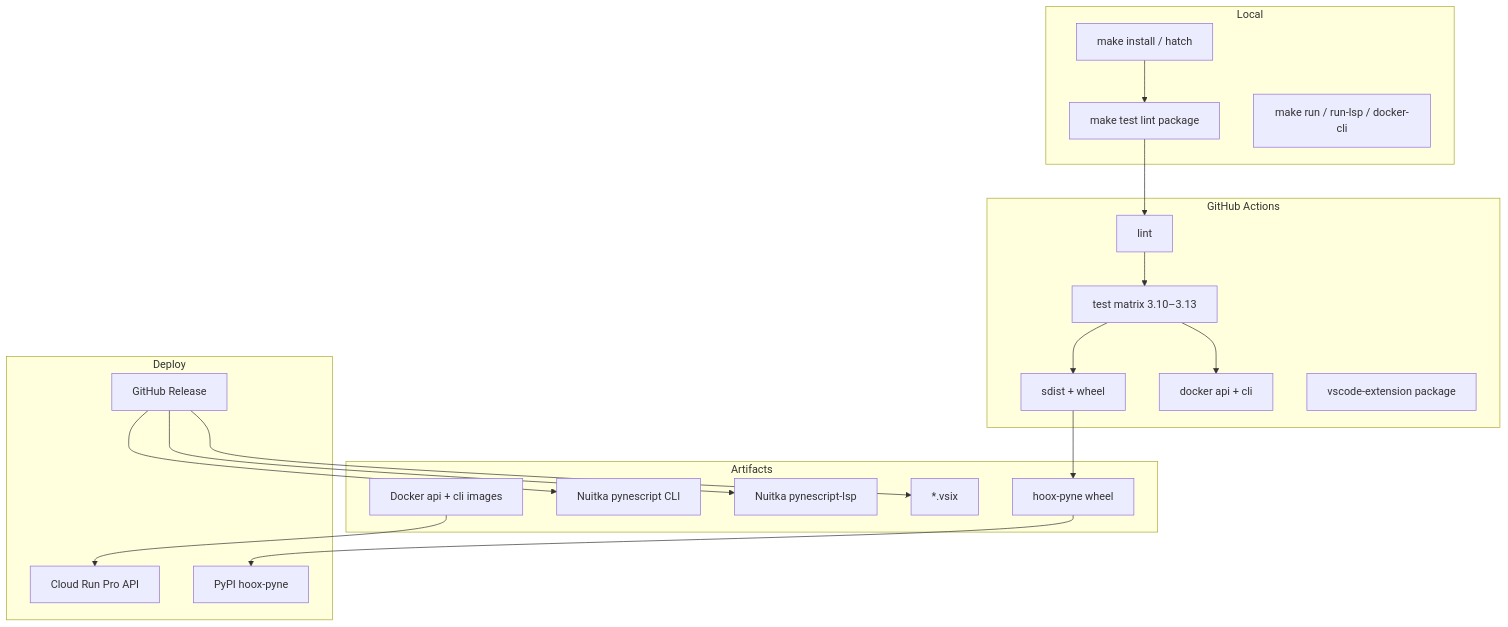
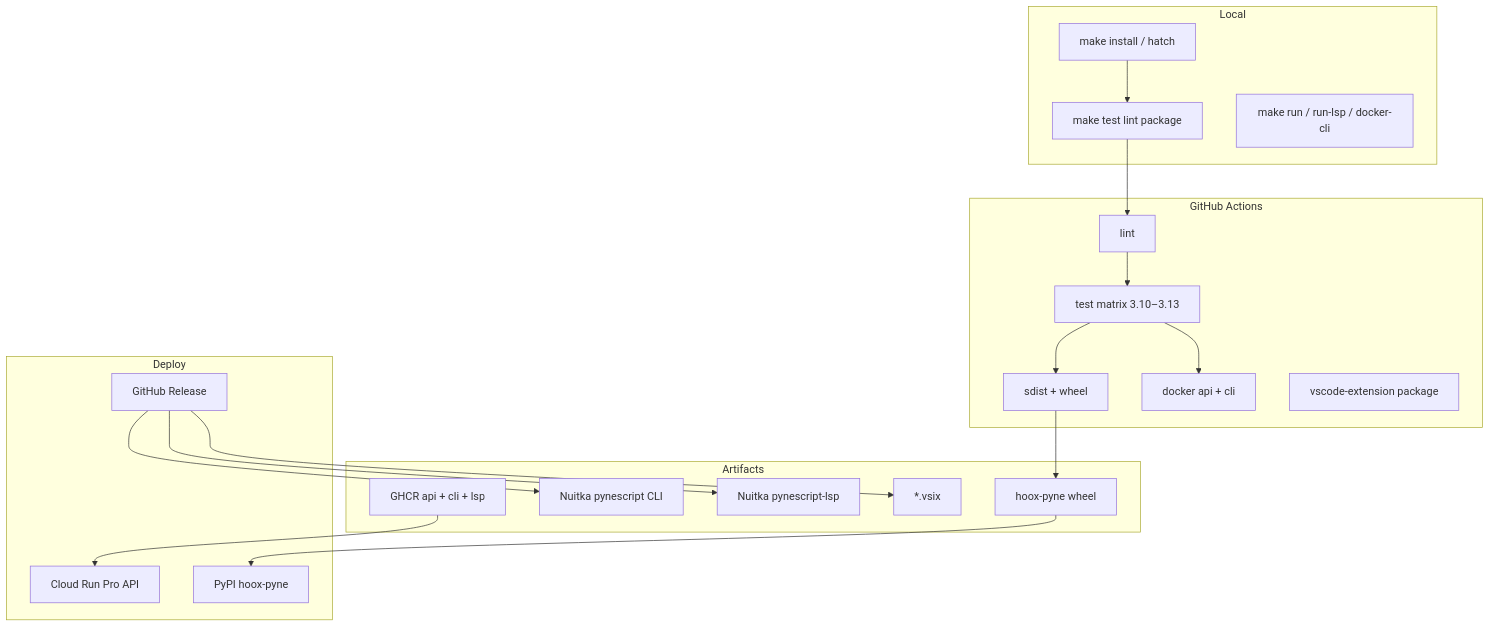
One commit to hoox-sh/pyne changed the diagram in docs/pyne/devops/index.mdx. Above: the diagram before and after it, drawn with Mermaid. The commit also changed other lines of this file and 101 other files, not shown here.

````diff
--- a/docs/pyne/devops/index.mdx
+++ b/docs/pyne/devops/index.mdx
@@ -35,35 +35,35 @@
 ```mermaid
 flowchart TB
   subgraph Local
     DEV[make install / hatch]
     TEST[make test lint package]
     RUN[make run / run-lsp / docker-cli]
   end
   subgraph CI["GitHub Actions"]
     LINT[lint]
     PY[test matrix 3.10–3.13]
     PKG[sdist + wheel]
     DOCK[docker api + cli]
     VSIX[vscode-extension package]
   end
   subgraph Artifacts
     WHEEL[hoox-pyne wheel]
     CLIBIN[Nuitka pynescript CLI]
     LSPBIN[Nuitka pynescript-lsp]
     VSIXART[*.vsix]
-    IMG[Docker api + cli images]
+    IMG[GHCR api + cli + lsp]
   end
   subgraph Deploy
     CR[Cloud Run Pro API]
     PYPI[PyPI hoox-pyne]
     REL[GitHub Release]
   end
   DEV --> TEST --> LINT
   LINT --> PY --> PKG
   PY --> DOCK
   PKG --> WHEEL --> PYPI
   REL --> CLIBIN
   REL --> LSPBIN
   REL --> VSIXART
   IMG --> CR
 ```
````
